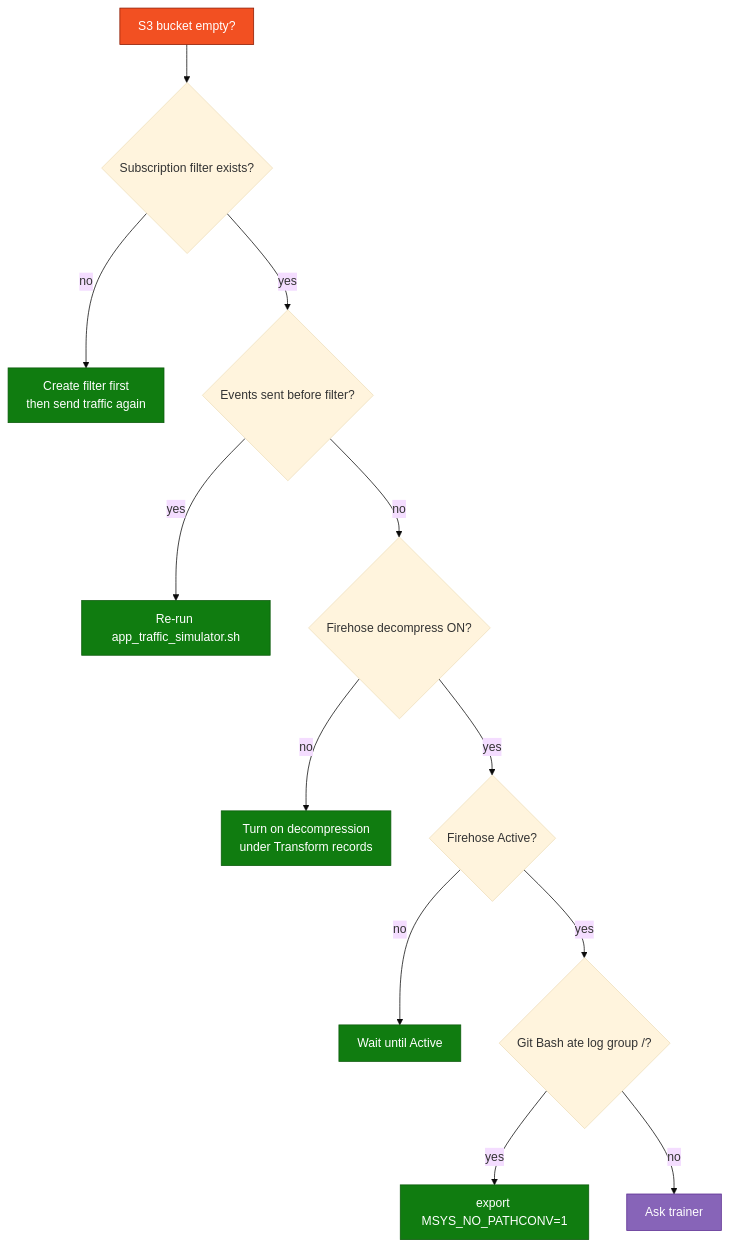
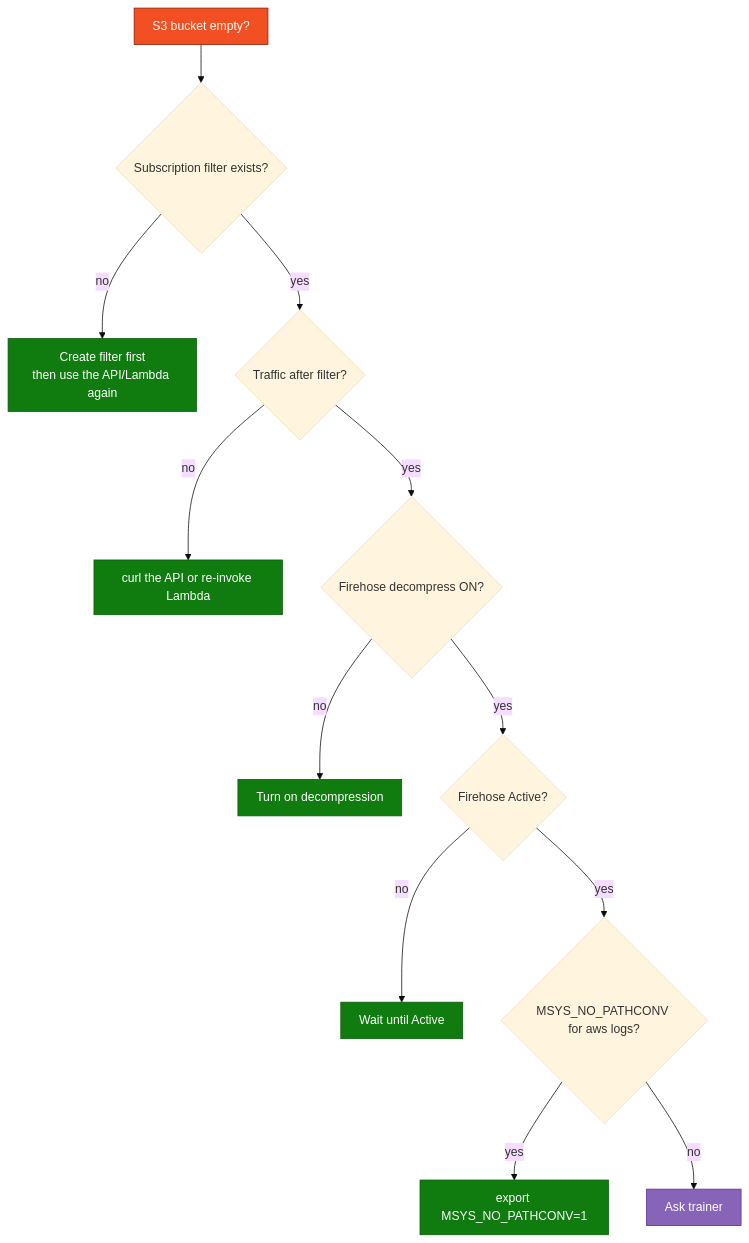
The second of 2 diagrams in Module_03_AWS_CloudWatch/03_CloudWatch_to_ADX_Lab.md (atingupta2005/adx-aws-training-aug-26), drawn with Mermaid before and after one commit. The commit also changed other lines of this file and 9 other files, not shown here.

````diff
--- a/Module_03_AWS_CloudWatch/03_CloudWatch_to_ADX_Lab.md
+++ b/Module_03_AWS_CloudWatch/03_CloudWatch_to_ADX_Lab.md
@@ -232,22 +241,22 @@
 ```mermaid
 %%{init: {"theme":"base","flowchart":{"htmlLabels":true,"padding":12}}}%%
 flowchart TD
   START["S3 bucket empty?"] --> Q1{"Subscription filter exists?"}
-  Q1 -->|no| FIX1["Create filter first<br/>then send traffic again"]
-  Q1 -->|yes| Q2{"Events sent before filter?"}
-  Q2 -->|yes| FIX2["Re-run app_traffic_simulator.sh"]
-  Q2 -->|no| Q3{"Firehose decompress ON?"}
-  Q3 -->|no| FIX3["Turn on decompression<br/>under Transform records"]
+  Q1 -->|no| FIX1["Create filter first<br/>then use the API/Lambda again"]
+  Q1 -->|yes| Q2{"Traffic after filter?"}
+  Q2 -->|no| FIX2["curl the API or re-invoke Lambda"]
+  Q2 -->|yes| Q3{"Firehose decompress ON?"}
+  Q3 -->|no| FIX3["Turn on decompression"]
   Q3 -->|yes| Q4{"Firehose Active?"}
   Q4 -->|no| FIX4["Wait until Active"]
-  Q4 -->|yes| Q5{"Git Bash ate log group /?"}
+  Q4 -->|yes| Q5{"MSYS_NO_PATHCONV for aws logs?"}
   Q5 -->|yes| FIX5["export MSYS_NO_PATHCONV=1"]
   Q5 -->|no| HELP["Ask trainer"]
   style START fill:#F25022,stroke:#8B1A00,color:#fff
   style FIX1 fill:#107C10,stroke:#0B5A0B,color:#fff
   style FIX2 fill:#107C10,stroke:#0B5A0B,color:#fff
   style FIX3 fill:#107C10,stroke:#0B5A0B,color:#fff
   style FIX4 fill:#107C10,stroke:#0B5A0B,color:#fff
   style FIX5 fill:#107C10,stroke:#0B5A0B,color:#fff
   style HELP fill:#8764B8,stroke:#5C2D91,color:#fff
 ```
````
